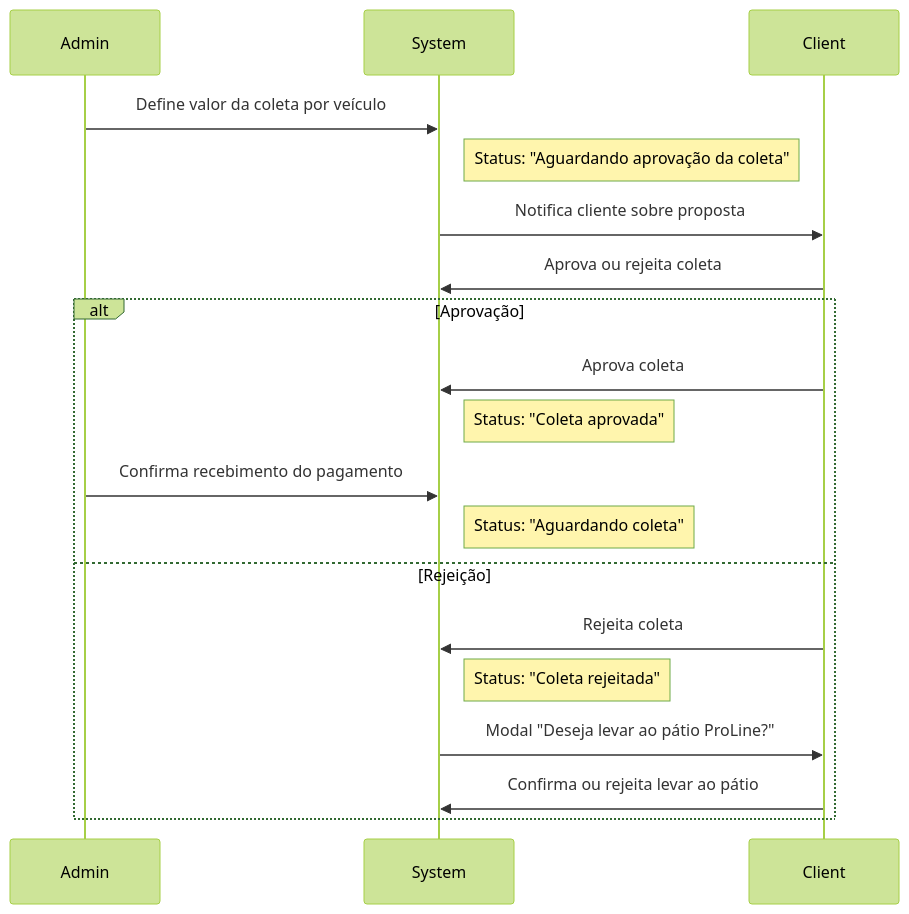
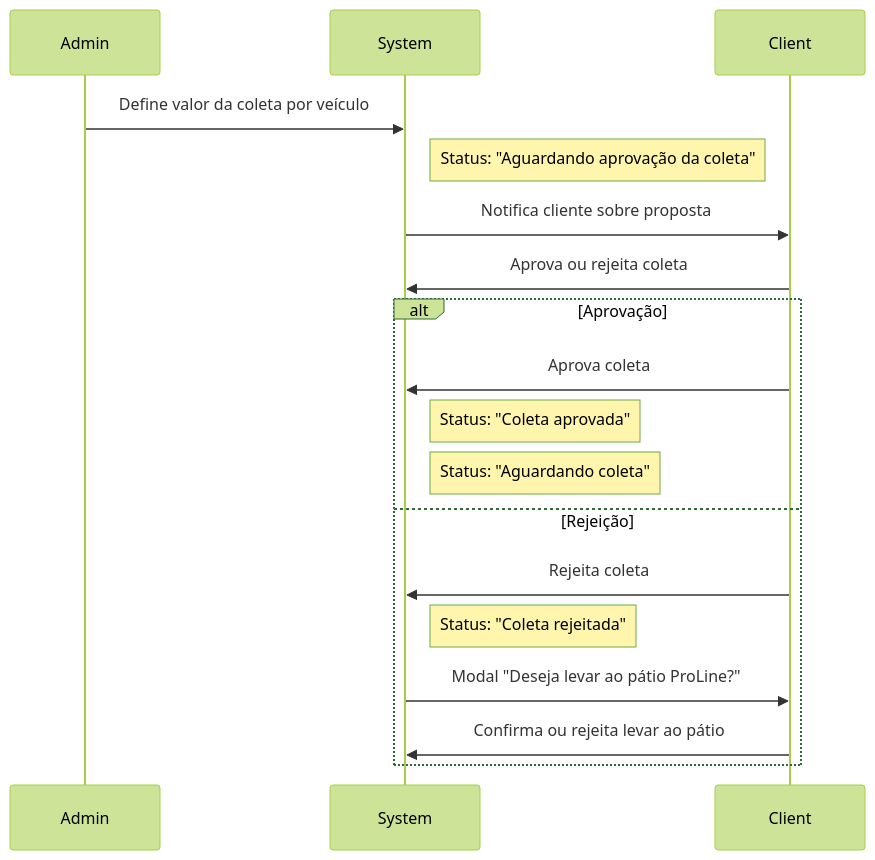
The third of 3 diagrams in docs/ADMIN_CLIENT_OVERVIEW_FEATURE.md (rafaelbsfarias/proline-homolog), drawn with Mermaid (forest theme) before and after one commit. The commit also changed 28 other files, not shown here.

````diff
--- a/docs/ADMIN_CLIENT_OVERVIEW_FEATURE.md
+++ b/docs/ADMIN_CLIENT_OVERVIEW_FEATURE.md
@@ -100,23 +100,22 @@
 ```mermaid
 sequenceDiagram
     participant Admin
     participant System
     participant Client
     
     Admin->>System: Define valor da coleta por veículo
     Note right of System: Status: "Aguardando aprovação da coleta"
     
     System->>Client: Notifica cliente sobre proposta
     Client->>System: Aprova ou rejeita coleta
     alt Aprovação
         Client->>System: Aprova coleta
         Note right of System: Status: "Coleta aprovada"
-        Admin->>System: Confirma recebimento do pagamento
         Note right of System: Status: "Aguardando coleta"
     else Rejeição
         Client->>System: Rejeita coleta
         Note right of System: Status: "Coleta rejeitada"
         System->>Client: Modal "Deseja levar ao pátio ProLine?"
         Client->>System: Confirma ou rejeita levar ao pátio
     end
 ```
````
